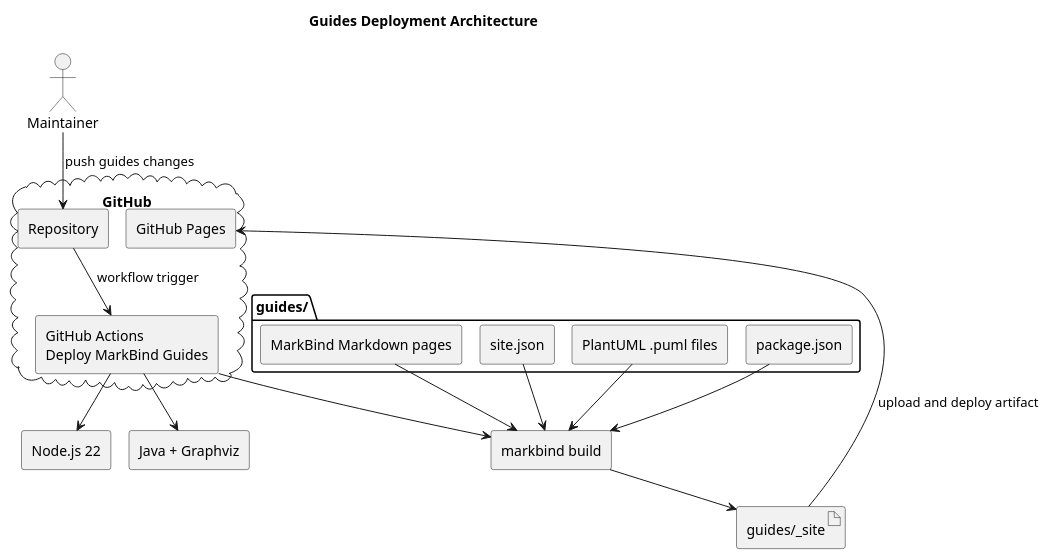
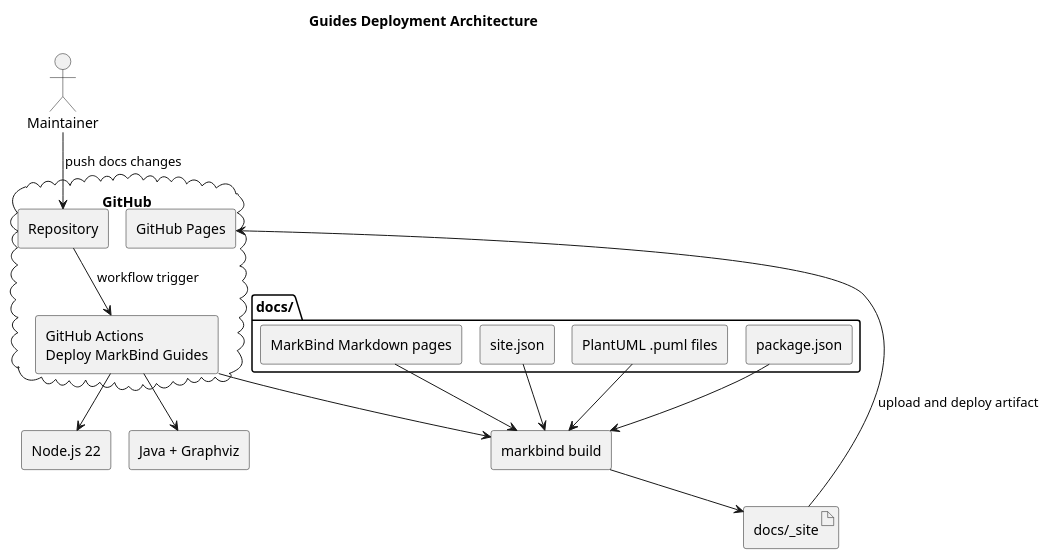
Before and after one commit to darkrelicz/dfir-dataset: the diagram in docs/diagrams/deployment-architecture.puml, drawn with PlantUML. The commit also changed 26 other files, not shown here.

```diff
--- a/docs/diagrams/deployment-architecture.puml
+++ b/docs/diagrams/deployment-architecture.puml
@@ -1,39 +1,39 @@
 @startuml
 !pragma layout smetana
 title Guides Deployment Architecture
 
 skinparam componentStyle rectangle
 skinparam shadowing false
 
 actor "Maintainer" as Maintainer
 cloud "GitHub" {
   component "Repository" as Repo
   component "GitHub Actions\nDeploy MarkBind Guides" as Actions
   component "GitHub Pages" as Pages
 }
 
-package "guides/" {
+package "docs/" {
   [MarkBind Markdown pages] as PagesSrc
   [site.json] as SiteJson
   [PlantUML .puml files] as Puml
   [package.json] as PackageJson
 }
 
 component "Node.js 22" as Node
 component "Java + Graphviz" as JavaGraphviz
 component "markbind build" as Build
-artifact "guides/_site" as SiteArtifact
+artifact "docs/_site" as SiteArtifact
 
-Maintainer --> Repo: push guides changes
+Maintainer --> Repo: push docs changes
 Repo --> Actions: workflow trigger
 Actions --> Node
 Actions --> JavaGraphviz
 Actions --> Build
 PagesSrc --> Build
 SiteJson --> Build
 Puml --> Build
 PackageJson --> Build
 Build --> SiteArtifact
 SiteArtifact --> Pages: upload and deploy artifact
 
 @enduml
```
